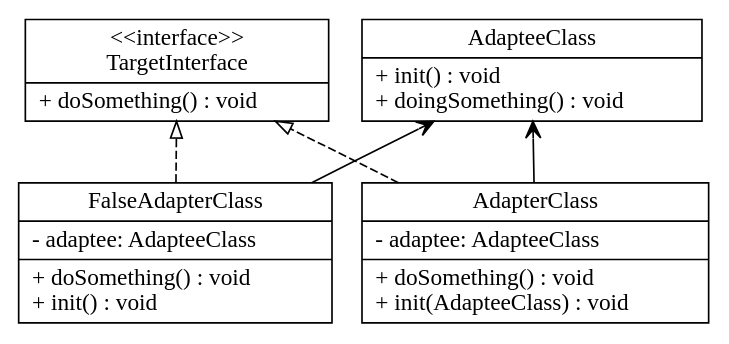
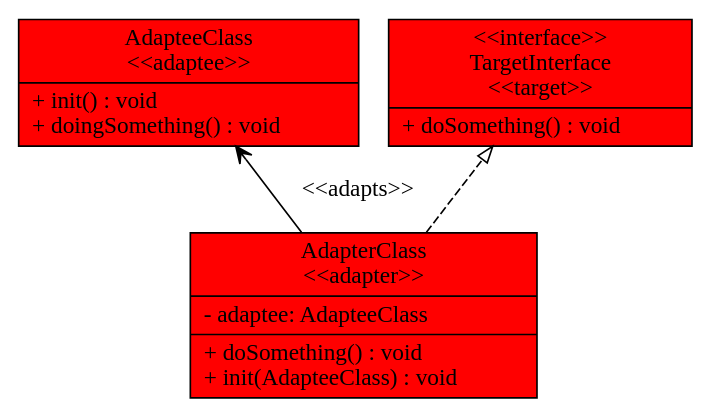
The diagram in input_output/model.gv (tpunt3/Csse374), drawn with Graphviz before and after one commit. The commit also changed 8 other files, not shown here.

```diff
--- a/input_output/model.gv
+++ b/input_output/model.gv
@@ -1,28 +1,21 @@
 digraph model{
 rankdir = BT;
-FalseAdapterClass [
-shape="record",
-label = "{FalseAdapterClass| - adaptee: AdapteeClass\l|+ doSomething() : void\l+ init() : void\l}"
+AdapterClass [
+shape="record",style="filled",fillcolor=red
+label = "{AdapterClass\n\<\<adapter\>\>|- adaptee: AdapteeClass\l|+ doSomething() : void\l+ init(AdapteeClass) : void\l}"
+];
+
+AdapteeClass [
+shape="record",style="filled",fillcolor=red
+label = "{AdapteeClass\n\<\<adaptee\>\>|+ init() : void\l+ doingSomething() : void\l}"
 ];
 
 TargetInterface [
-shape="record",
-label = "{\<\<interface\>\>\nTargetInterface| + doSomething() : void\l}"
-];
-
-AdapterClass [
-shape="record",
-label = "{AdapterClass| - adaptee: AdapteeClass\l|+ doSomething() : void\l+ init(AdapteeClass) : void\l}"
-];
-
-AdapteeClass [
-shape="record",
-label = "{AdapteeClass| + init() : void\l+ doingSomething() : void\l}"
+shape="record",style="filled",fillcolor=red
+label = "{\<\<interface\>\>\nTargetInterface\n\<\<target\>\>| + doSomething() : void\l}"
 ];
 
 //writing relations between classes now
 AdapterClass -> TargetInterface [arrowhead = "empty", style = "dashed"];
-AdapterClass -> AdapteeClass [arrowhead = "vee"];
-FalseAdapterClass -> TargetInterface [arrowhead = "empty", style = "dashed"];
-FalseAdapterClass -> AdapteeClass [arrowhead = "vee"];
+AdapterClass -> AdapteeClass [arrowhead = "vee", label = "\<\<adapts\>\>"];
 }
```
